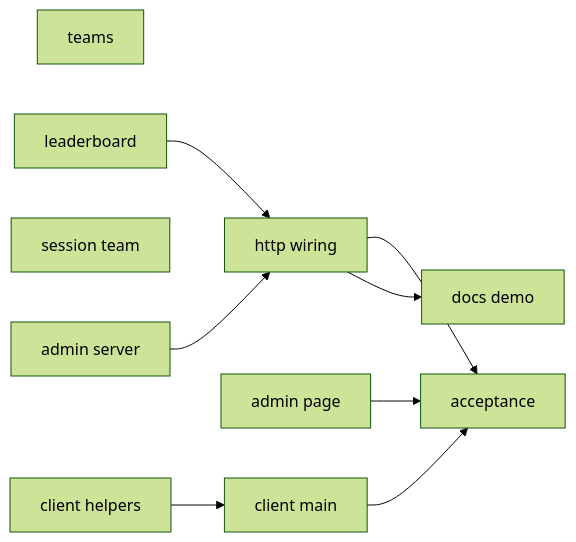
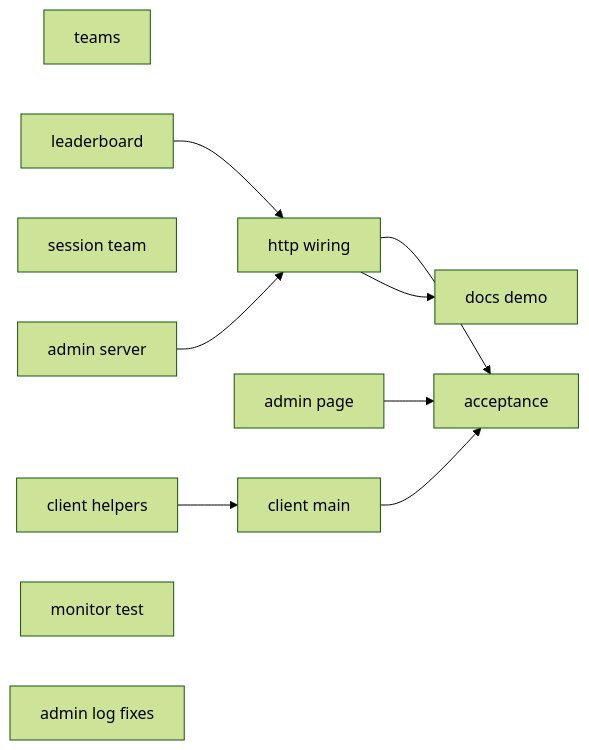
Before and after one commit to williambrach/AgentVerse: the second of 3 diagrams in docs/plans/2026-10-29-teams-leaderboard.md, drawn with Mermaid (forest theme). The commit also changed other lines of this file and 2 other files, not shown here.

Commit message:
docs(override): teams-leaderboard plan and run log

````diff
--- a/docs/plans/2026-10-29-teams-leaderboard.md
+++ b/docs/plans/2026-10-29-teams-leaderboard.md
@@ -37,24 +37,26 @@
 ```mermaid
 flowchart LR
   T1[teams]
   T2[leaderboard]
   T3[session team]
   T5[admin server]
   T4[http wiring]
   T6[admin page]
   T7[client helpers]
   T8[client main]
   T9[acceptance]
   T10[docs demo]
+  T11[monitor test]
+  T12[admin log fixes]
   %% taskgraph
   T1
   T4
   T2 --> T4
   T3
   T5 --> T4
   T7 --> T8
   T4 --> T9
   T6 --> T9
   T8 --> T9
   T4 --> T10
 ```
````
